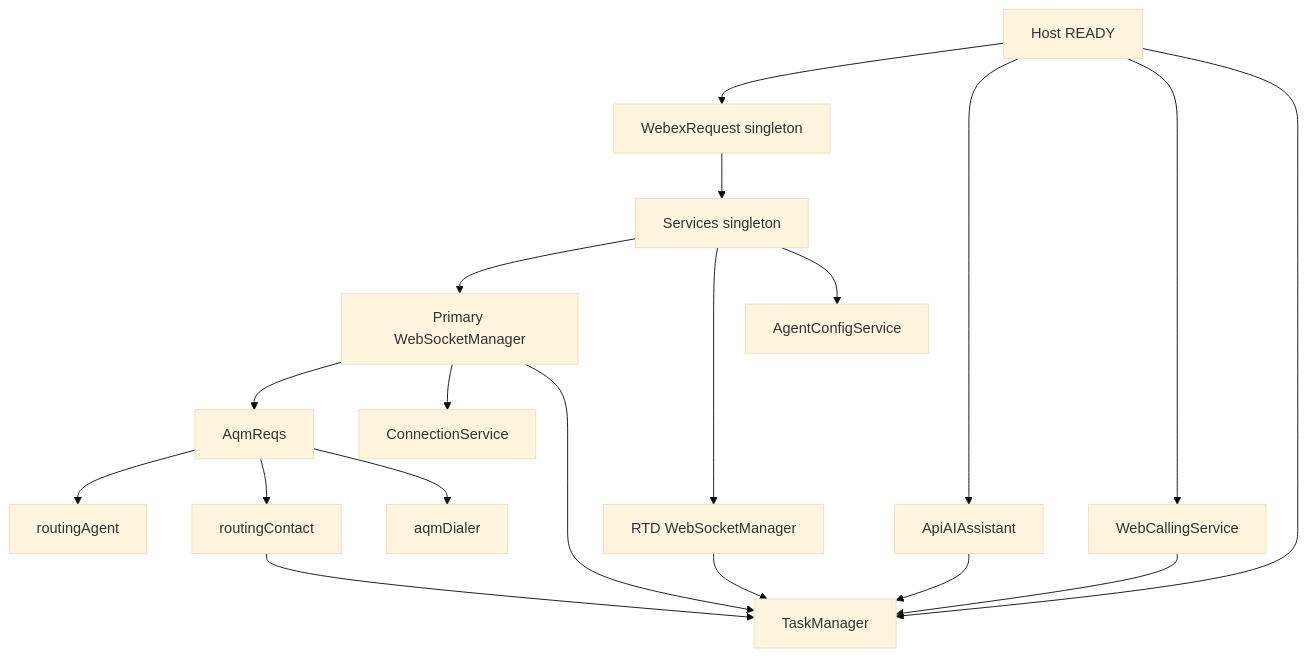
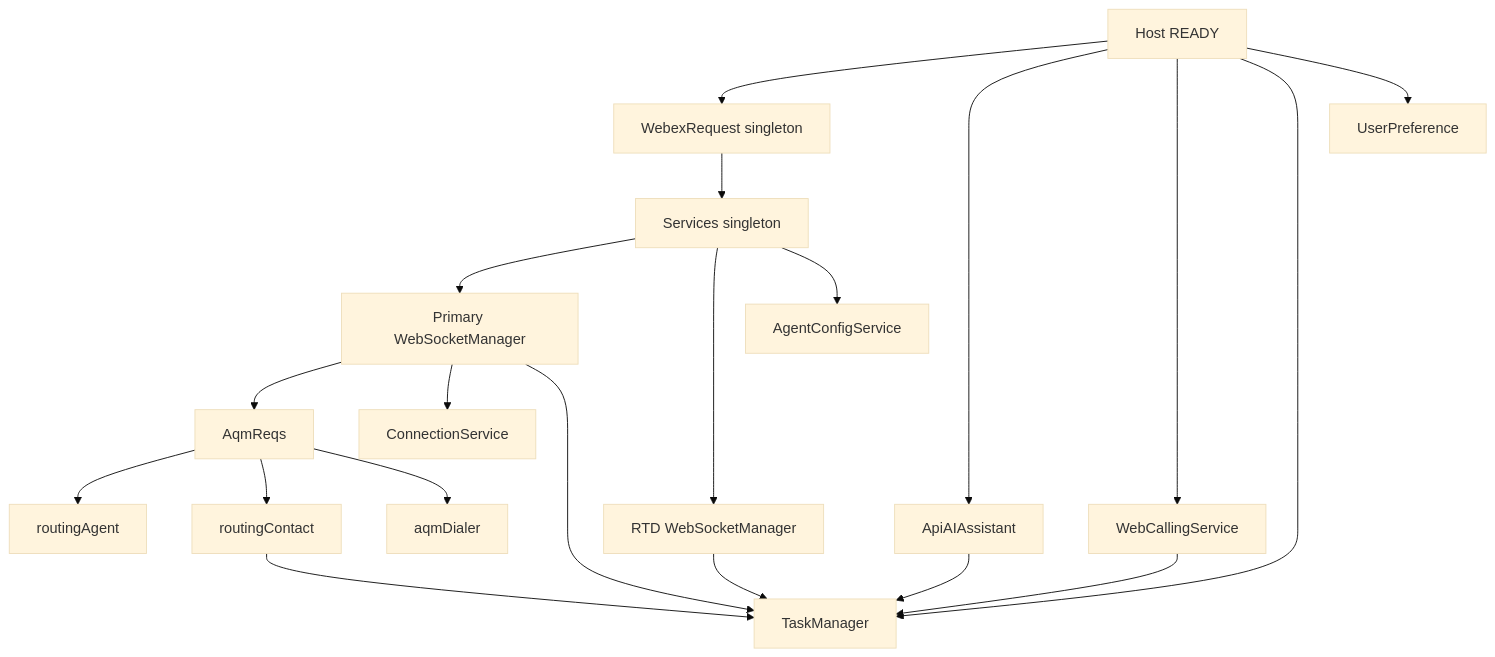
The first of 6 diagrams in packages/@webex/contact-center/src/services/ai-docs/services-spec.md (webex/webex-js-sdk), drawn with Mermaid (base theme) before and after one commit. The commit also changed other lines of this file and 32 other files, not shown here.

````diff
--- a/packages/@webex/contact-center/src/services/ai-docs/services-spec.md
+++ b/packages/@webex/contact-center/src/services/ai-docs/services-spec.md
@@ -268,21 +273,22 @@
 ```mermaid
 flowchart TD
   Ready[Host READY] --> WR[WebexRequest singleton]
   WR --> S[Services singleton]
   S --> PWS[Primary WebSocketManager]
   S --> RTD[RTD WebSocketManager]
   PWS --> AQM[AqmReqs]
   AQM --> Agent[routingAgent]
   AQM --> Contact[routingContact]
   AQM --> Dialer[aqmDialer]
   S --> Config[AgentConfigService]
   PWS --> CS[ConnectionService]
   Ready --> AI[ApiAIAssistant]
   Ready --> Calling[WebCallingService]
   Ready --> TM[TaskManager]
+  Ready --> UP[UserPreference]
   AI --> TM
   Contact --> TM
   Calling --> TM
   PWS --> TM
   RTD --> TM
 ```
````
